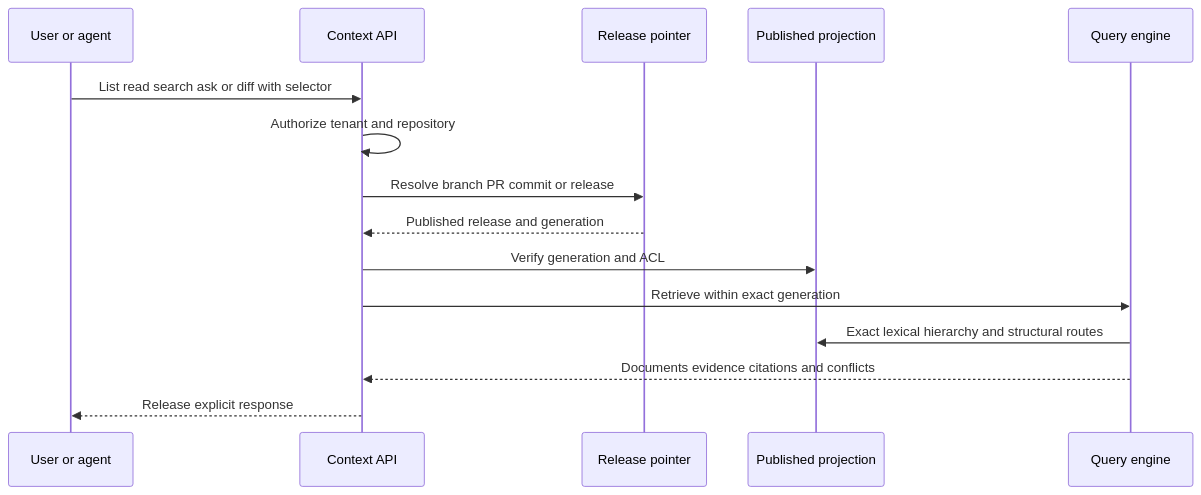
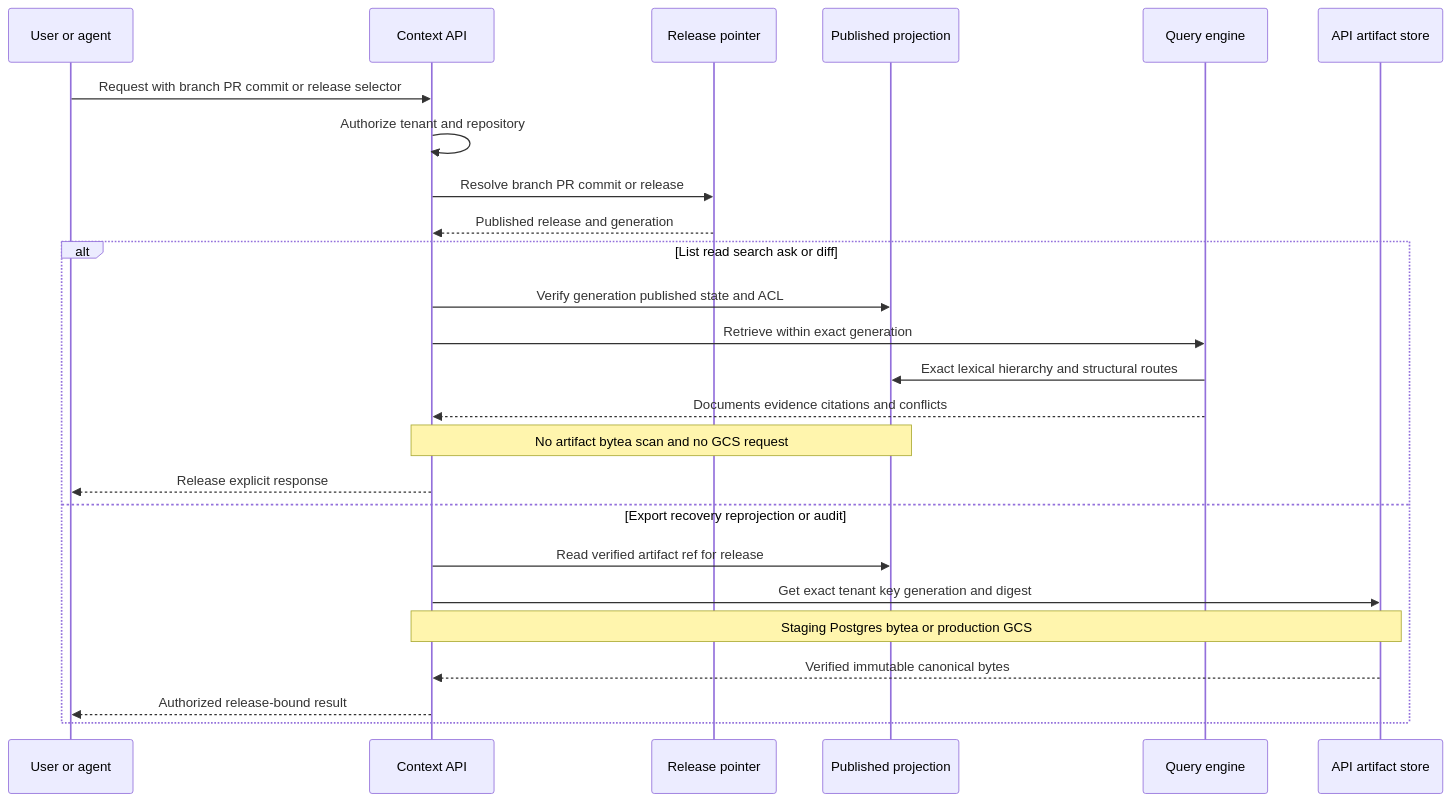
The fifth of 6 diagrams in docs/CONTEXT_WIKI_TRIGGER_MIGRATION_PLAN.md (keon/jina-context-wiki-e2e-20260808), drawn with Mermaid before and after one commit. The commit also changed other lines of this file and 15 other files, not shown here.

Commit message:
fix(context): persist staging wiki artifacts in postgres

````diff
--- a/docs/CONTEXT_WIKI_TRIGGER_MIGRATION_PLAN.md
+++ b/docs/CONTEXT_WIKI_TRIGGER_MIGRATION_PLAN.md
@@ -262,18 +266,28 @@
 ```mermaid
 sequenceDiagram
     participant Reader as User or agent
     participant API as Context API
     participant Pointer as Release pointer
     participant Projection as Published projection
     participant Query as Query engine
+    participant Objects as API artifact store
 
-    Reader->>API: List read search ask or diff with selector
+    Reader->>API: Request with branch PR commit or release selector
     API->>API: Authorize tenant and repository
     API->>Pointer: Resolve branch PR commit or release
     Pointer-->>API: Published release and generation
-    API->>Projection: Verify generation and ACL
-    API->>Query: Retrieve within exact generation
-    Query->>Projection: Exact lexical hierarchy and structural routes
-    Query-->>API: Documents evidence citations and conflicts
-    API-->>Reader: Release explicit response
+    alt List read search ask or diff
+        API->>Projection: Verify generation published state and ACL
+        API->>Query: Retrieve within exact generation
+        Query->>Projection: Exact lexical hierarchy and structural routes
+        Query-->>API: Documents evidence citations and conflicts
+        Note over API,Projection: No artifact bytea scan and no GCS request
+        API-->>Reader: Release explicit response
+    else Export recovery reprojection or audit
+        API->>Projection: Read verified artifact ref for release
+        API->>Objects: Get exact tenant key generation and digest
+        Note over API,Objects: Staging Postgres bytea or production GCS
+        Objects-->>API: Verified immutable canonical bytes
+        API-->>Reader: Authorized release-bound result
+    end
 ```
````
